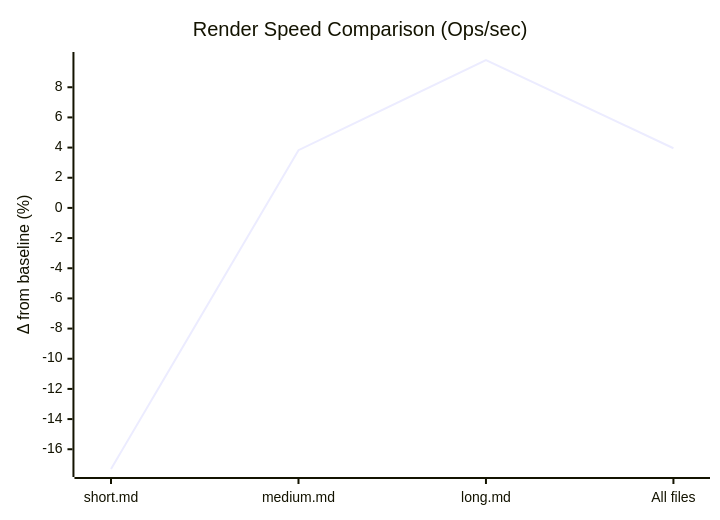
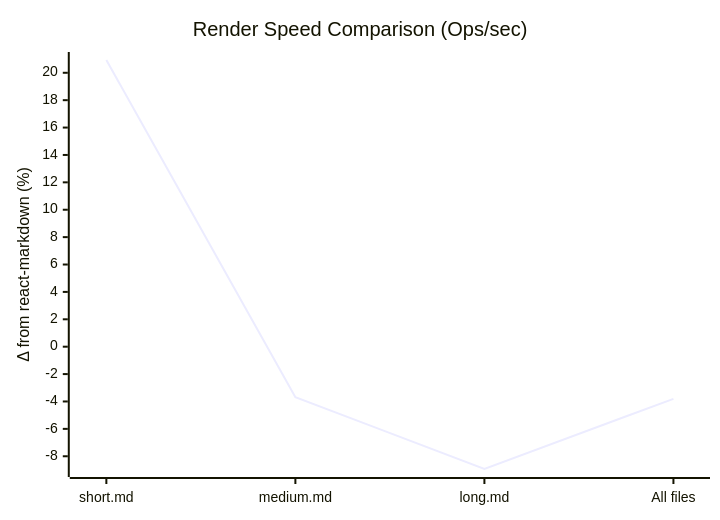
Before and after one commit to md2docx/react-markdown: the second of 6 diagrams in benchmark.md, drawn with Mermaid. The commit also changed other lines of this file and 1 other file, not shown here.

Commit message:
fix: update benchmark writer to correct order of libraries and enhance markdown output

````diff
--- a/benchmark.md
+++ b/benchmark.md
@@ -14,7 +14,7 @@
 ```mermaid
 xychart-beta
     title "Render Speed Comparison (Ops/sec)"
     x-axis ["short.md", "medium.md", "long.md", "All files"]
-    y-axis "Δ from baseline (%)"
-    line [-17.30960644974412, 3.825398316867992, 9.805958369979933, 3.9562201615437256]  %% difference percent
+    y-axis "Δ from react-markdown (%)"
+    line [20.933031887463496, -3.684453302257641, -8.930260721316925, -3.80565987816402]  %% difference percent
 ```
````
